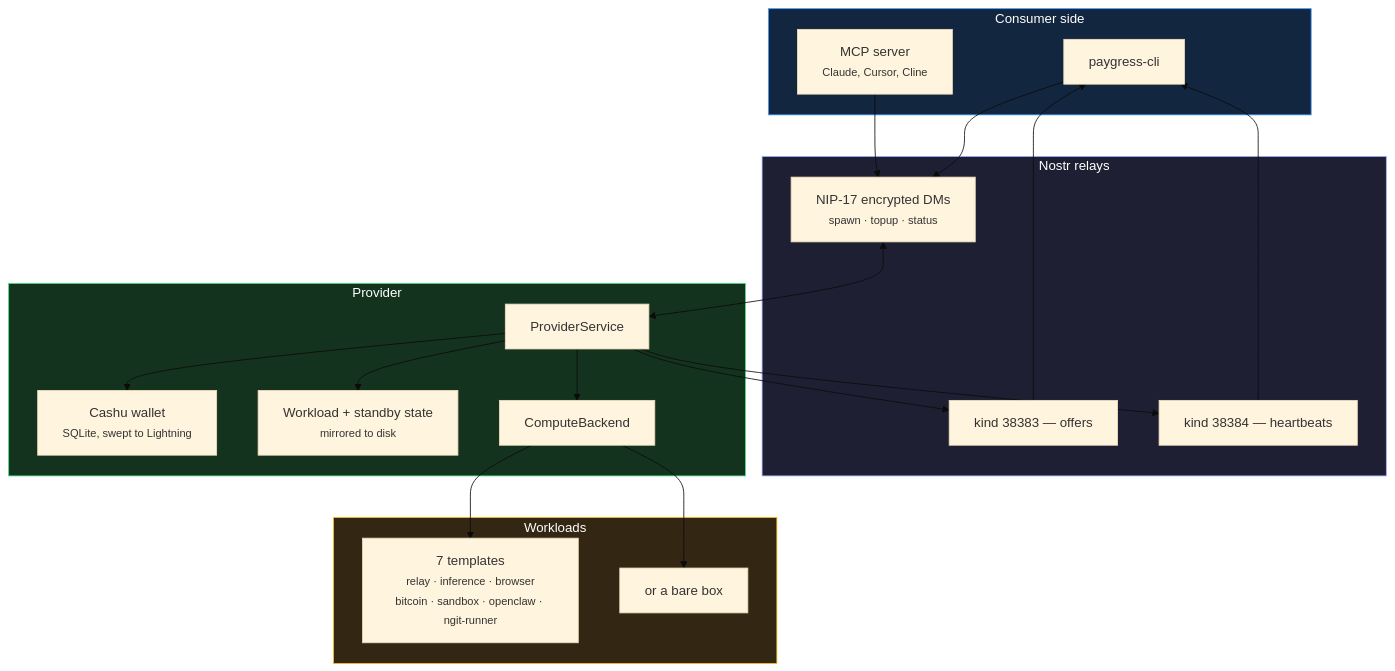
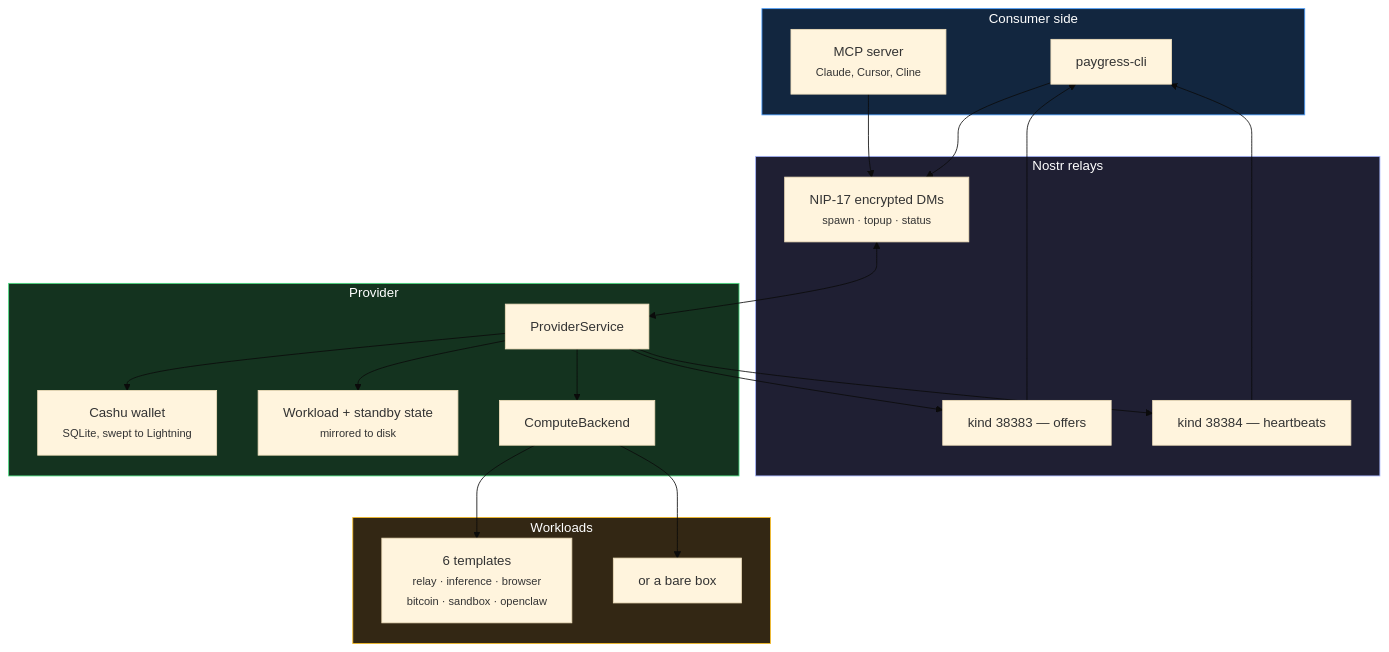
One commit to DhananjayPurohit/Paygress changed the fourth of 4 diagrams in README.md. Above: the diagram before and after it, drawn with Mermaid (base theme). The commit also changed other lines of this file and 20 other files, not shown here.

````diff
--- a/README.md
+++ b/README.md
@@ -315,43 +350,43 @@
 ```mermaid
 graph TB
     subgraph consumer["Consumer side"]
         CLI["paygress-cli"]
         MCP["MCP server<br/><small>Claude, Cursor, Cline</small>"]
     end
 
     subgraph relays["Nostr relays"]
         K1["kind 38383 — offers"]
         K2["kind 38384 — heartbeats"]
         DM["NIP-17 encrypted DMs<br/><small>spawn · topup · status</small>"]
     end
 
     subgraph provider["Provider"]
         SVC["ProviderService"]
         WAL["Cashu wallet<br/><small>SQLite, swept to Lightning</small>"]
         STATE["Workload + standby state<br/><small>mirrored to disk</small>"]
         BE["ComputeBackend"]
     end
 
     subgraph workloads["Workloads"]
-        T["7 templates<br/><small>relay · inference · browser<br/>bitcoin · sandbox · openclaw · ngit-runner</small>"]
+        T["6 templates<br/><small>relay · inference · browser<br/>bitcoin · sandbox · openclaw</small>"]
         RAW["or a bare box"]
     end
 
     CLI --> DM
     MCP --> DM
     K1 --> CLI
     K2 --> CLI
     DM <--> SVC
     SVC --> K1
     SVC --> K2
     SVC --> WAL
     SVC --> STATE
     SVC --> BE
     BE --> T
     BE --> RAW
 
     style consumer fill:#12263f,stroke:#4a9eff,color:#fff
     style relays fill:#1f1f33,stroke:#a5b4fc,color:#fff
     style provider fill:#14331f,stroke:#4ade80,color:#fff
     style workloads fill:#332714,stroke:#fbbf24,color:#fff
 ```
````
